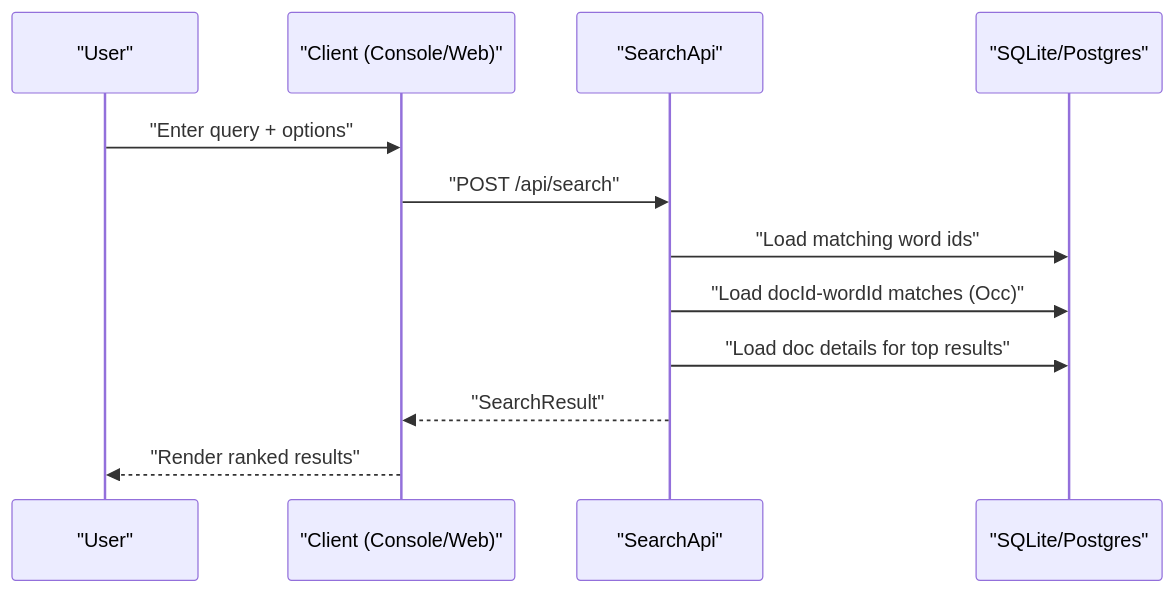
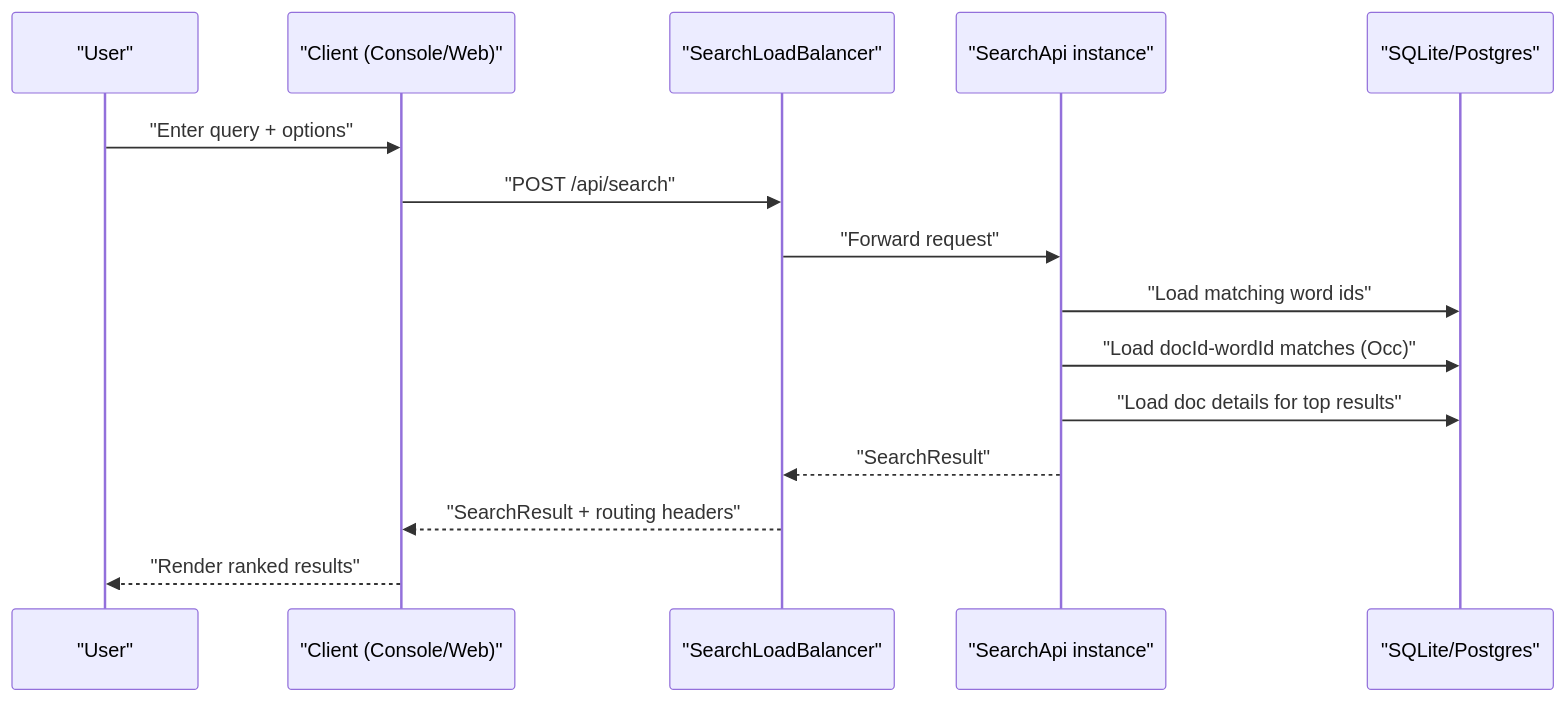
One commit to Viggodrengen/-SearchProject changed the third of 7 diagrams in architecture.md. Above: the diagram before and after it, drawn with Mermaid. The commit also changed other lines of this file and 22 other files, not shown here.

Commit message:
feat: add x-scale load balancer for SearchApi

````diff
--- a/architecture.md
+++ b/architecture.md
@@ -67,15 +71,18 @@
 ```mermaid
 sequenceDiagram
     participant U as "User"
     participant C as "Client (Console/Web)"
-    participant A as "SearchApi"
+    participant L as "SearchLoadBalancer"
+    participant A as "SearchApi instance"
     participant D as "SQLite/Postgres"
 
     U->>C: "Enter query + options"
-    C->>A: "POST /api/search"
+    C->>L: "POST /api/search"
+    L->>A: "Forward request"
     A->>D: "Load matching word ids"
     A->>D: "Load docId-wordId matches (Occ)"
     A->>D: "Load doc details for top results"
-    A-->>C: "SearchResult"
+    A-->>L: "SearchResult"
+    L-->>C: "SearchResult + routing headers"
     C-->>U: "Render ranked results"
 ```
````
